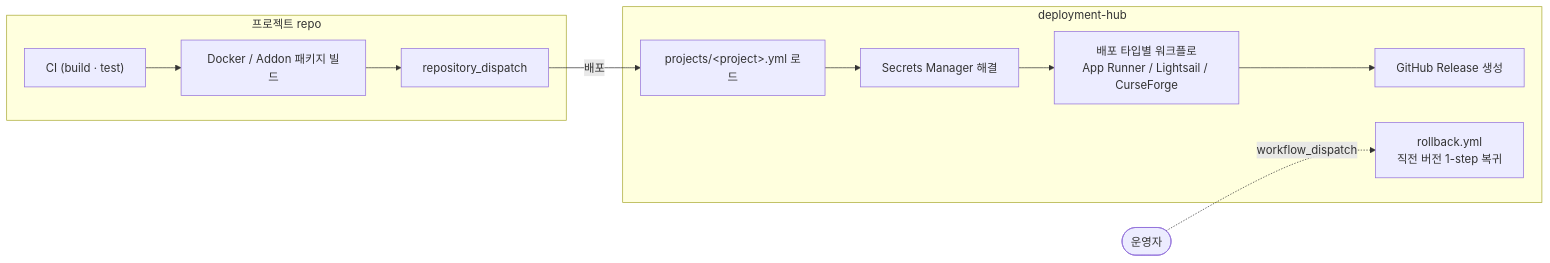
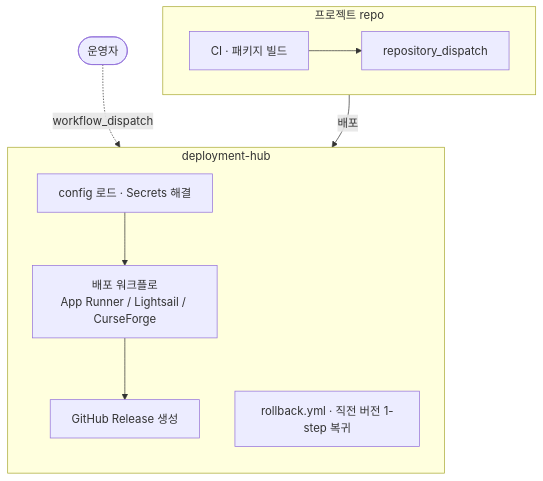
The diagram in README.md (devRavit/deployment-hub), drawn with Mermaid before and after one commit. The commit also changed 1 other file, not shown here.

Commit message:
fix: README mermaid 레이아웃 TB 로 컴팩트 + ci.yml feature push 트리거
- mermaid: LR(가로 과확장) → TB + 노드 통합으로 가독성 개선
- ci.yml: feature 브랜치 push 도 트리거 (required check 등록 시 push 차단 방지)

````diff
--- a/README.md
+++ b/README.md
@@ -11,16 +11,15 @@
 ```mermaid
-flowchart LR
+flowchart TB
     subgraph repo["프로젝트 repo"]
-        ci["CI (build · test)"] --> pkg["Docker / Addon 패키지 빌드"]
-        pkg --> disp["repository_dispatch"]
+        direction LR
+        ci["CI · 패키지 빌드"] --> disp["repository_dispatch"]
     end
     subgraph hub["deployment-hub"]
-        load["projects/&lt;project&gt;.yml 로드"] --> sec["Secrets Manager 해결"]
-        sec --> deploy["배포 타입별 워크플로<br/>App Runner / Lightsail / CurseForge"]
+        direction TB
+        load["config 로드 · Secrets 해결"] --> deploy["배포 워크플로<br/>App Runner / Lightsail / CurseForge"]
         deploy --> rel["GitHub Release 생성"]
-        rb["rollback.yml<br/>직전 버전 1-step 복귀"]
+        rb["rollback.yml · 직전 버전 1-step 복귀"]
     end
-    op(["운영자"])
-    disp -->|배포| load
-    op -.->|workflow_dispatch| rb
+    repo -->|배포| hub
+    op(["운영자"]) -. workflow_dispatch .-> rb
 ```
````
